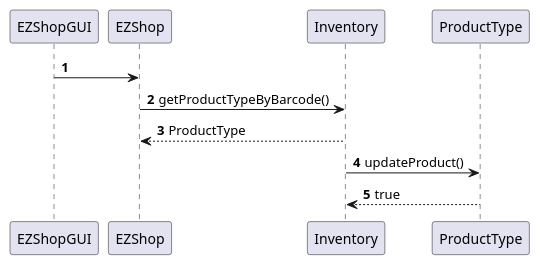
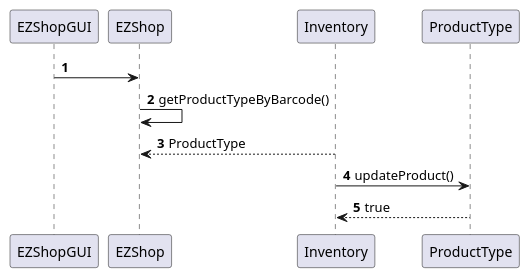
Before and after one commit to mkexc/ezshop: the fourth of 22 diagrams in Deliverables/DesignDocument.md, drawn with PlantUML. The commit also changed other lines of this file, not shown here.

````diff
--- a/Deliverables/DesignDocument.md
+++ b/Deliverables/DesignDocument.md
@@ -250,10 +248,10 @@
 ```plantuml
 @startuml
 autonumber
 EZShopGUI -> EZShop
-EZShop -> Inventory : getProductTypeByBarcode()
+EZShop -> EZShop : getProductTypeByBarcode()
 Inventory --> EZShop : ProductType
 Inventory -> ProductType : updateProduct()
 Inventory <-- ProductType : true
 @enduml
 ```
````
